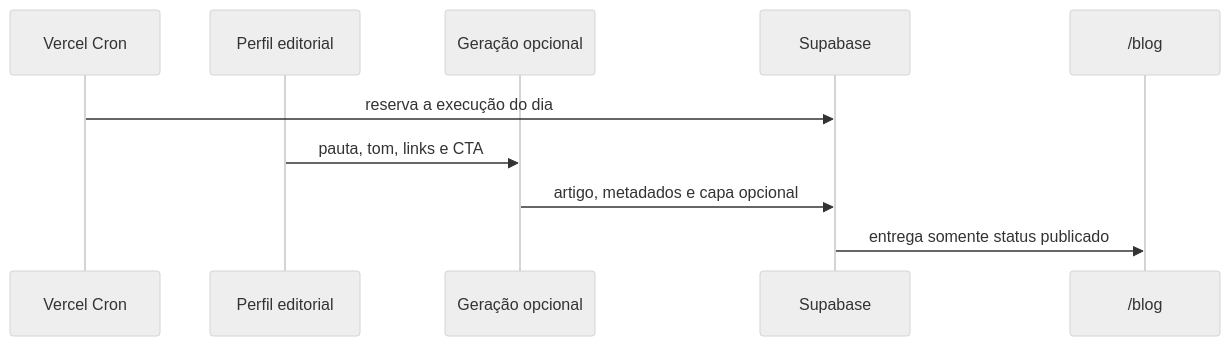
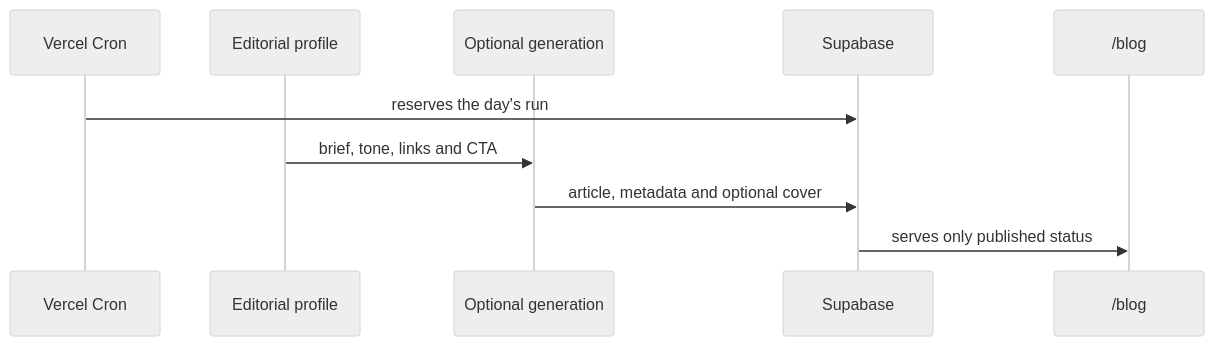
One commit to luisroquette/autoblog-template changed the diagram in README.md. Above: the diagram before and after it, drawn with Mermaid (neutral theme). The commit also changed other lines of this file, not shown here.

````diff
--- a/README.md
+++ b/README.md
@@ -82,13 +81,13 @@
 ```mermaid
 sequenceDiagram
   participant C as Vercel Cron
-  participant P as Perfil editorial
-  participant G as Geração opcional
+  participant P as Editorial profile
+  participant G as Optional generation
   participant S as Supabase
   participant B as /blog
 
-  C->>S: reserva a execução do dia
-  P->>G: pauta, tom, links e CTA
-  G->>S: artigo, metadados e capa opcional
-  S->>B: entrega somente status publicado
+  C->>S: reserves the day's run
+  P->>G: brief, tone, links and CTA
+  G->>S: article, metadata and optional cover
+  S->>B: serves only published status
 ```
````
